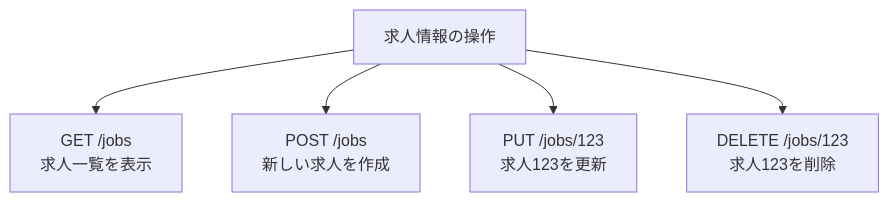
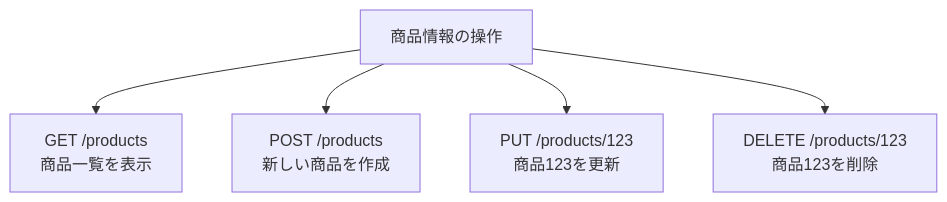
The second of 3 diagrams in docs/02_Web基礎理解/03_必須_HTTP通信の基本.md (Monzi-takuya/web-fundamentals-for-non-engineers), drawn with Mermaid before and after one commit. The commit also changed other lines of this file and 4 other files, not shown here.

````diff
--- a/docs/02_Web基礎理解/03_必須_HTTP通信の基本.md
+++ b/docs/02_Web基礎理解/03_必須_HTTP通信の基本.md
@@ -178,7 +178,7 @@
 ```mermaid
 flowchart TD
-    A["求人情報の操作"] --> B["GET /jobs<br/>求人一覧を表示"]
-    A --> C["POST /jobs<br/>新しい求人を作成"]
-    A --> D["PUT /jobs/123<br/>求人123を更新"]
-    A --> E["DELETE /jobs/123<br/>求人123を削除"]
+    A["商品情報の操作"] --> B["GET /products<br/>商品一覧を表示"]
+    A --> C["POST /products<br/>新しい商品を作成"]
+    A --> D["PUT /products/123<br/>商品123を更新"]
+    A --> E["DELETE /products/123<br/>商品123を削除"]
 ```
````
